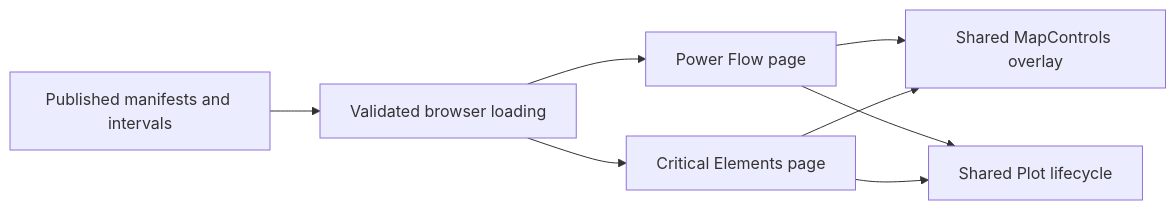
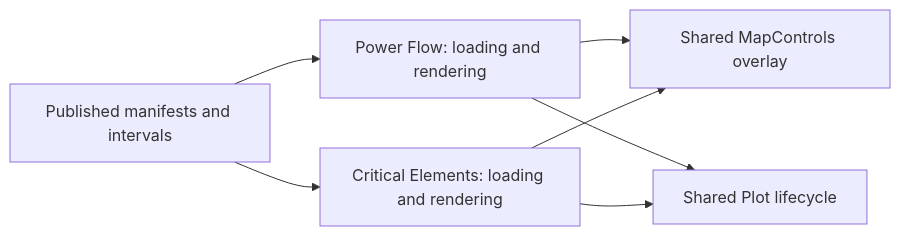
One commit to zoltanmaric/coppersushi changed the diagram in coppersushi/frontend/README.md. Above: the diagram before and after it, drawn with Mermaid. The commit also changed other lines of this file and 23 other files, not shown here.

````diff
--- a/coppersushi/frontend/README.md
+++ b/coppersushi/frontend/README.md
@@ -10,10 +10,9 @@
 ```mermaid
 flowchart LR
-  files["Published manifests and intervals"] --> loading["Validated browser loading"]
-  loading --> powerflow["Power Flow page"]
-  loading --> cnec["Critical Elements page"]
+  files["Published manifests and intervals"] --> powerflow["Power Flow: loading and rendering"]
+  files --> cnec["Critical Elements: loading and rendering"]
   powerflow --> controls["Shared MapControls overlay"]
   cnec --> controls
   powerflow --> plot["Shared Plot lifecycle"]
   cnec --> plot
 ```
````
